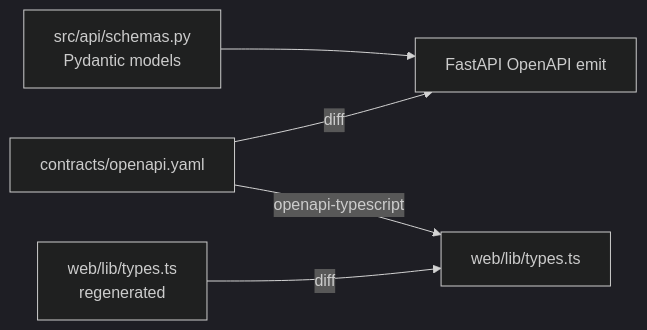
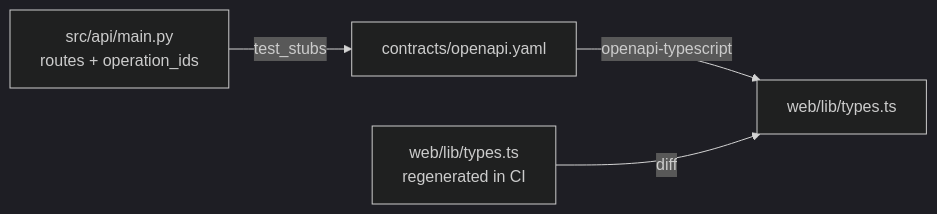
Before and after one commit to hcslomeu/tfl-monitor: the second of 2 diagrams in docs/pipelines/api.md, drawn with Mermaid (dark theme). The commit also changed other lines of this file and 140 other files, not shown here.

First line of the commit message:
contract: move API to Vercel, drop RAG, Postgres and Bedrock (TM-36) (#252)

````diff
--- a/docs/pipelines/api.md
+++ b/docs/pipelines/api.md
@@ -116,7 +110,6 @@
 ```mermaid
 flowchart LR
-    SRC[src/api/schemas.py<br/>Pydantic models] --> EMITTED[FastAPI OpenAPI emit]
-    CONTRACT[contracts/openapi.yaml] -->|diff| EMITTED
+    SRC[src/api/main.py<br/>routes + operation_ids] -->|test_stubs| CONTRACT[contracts/openapi.yaml]
     CONTRACT -->|openapi-typescript| TS[web/lib/types.ts]
-    GEN[web/lib/types.ts<br/>regenerated] -->|diff| TS
+    GEN[web/lib/types.ts<br/>regenerated in CI] -->|diff| TS
 ```
````
